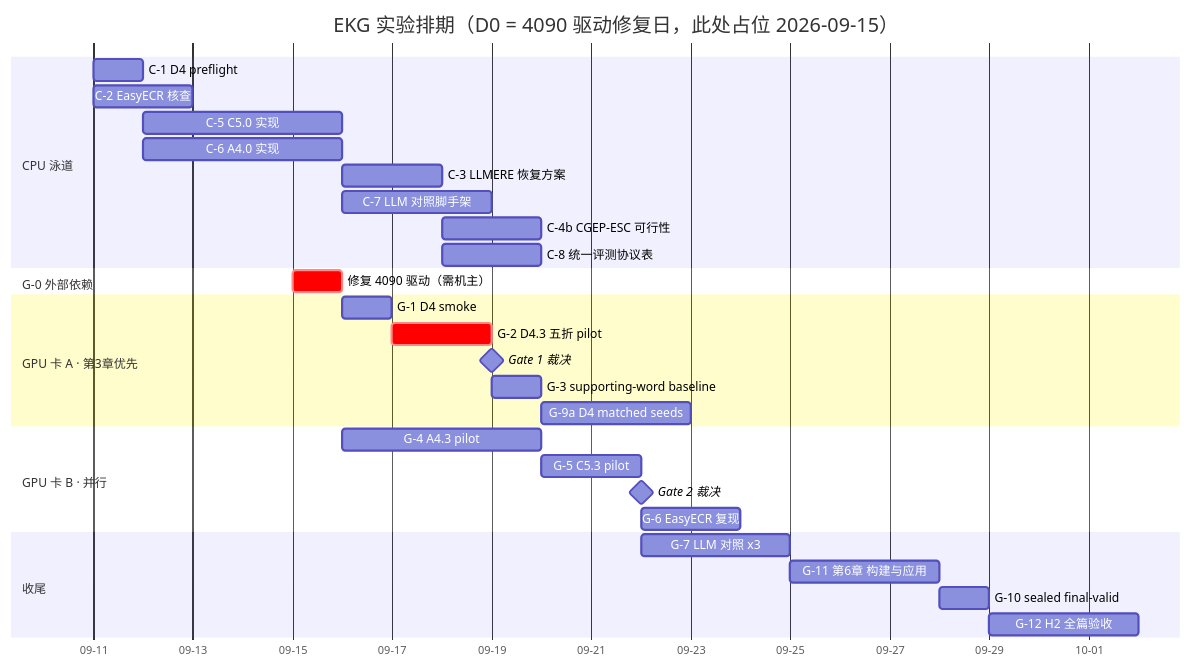
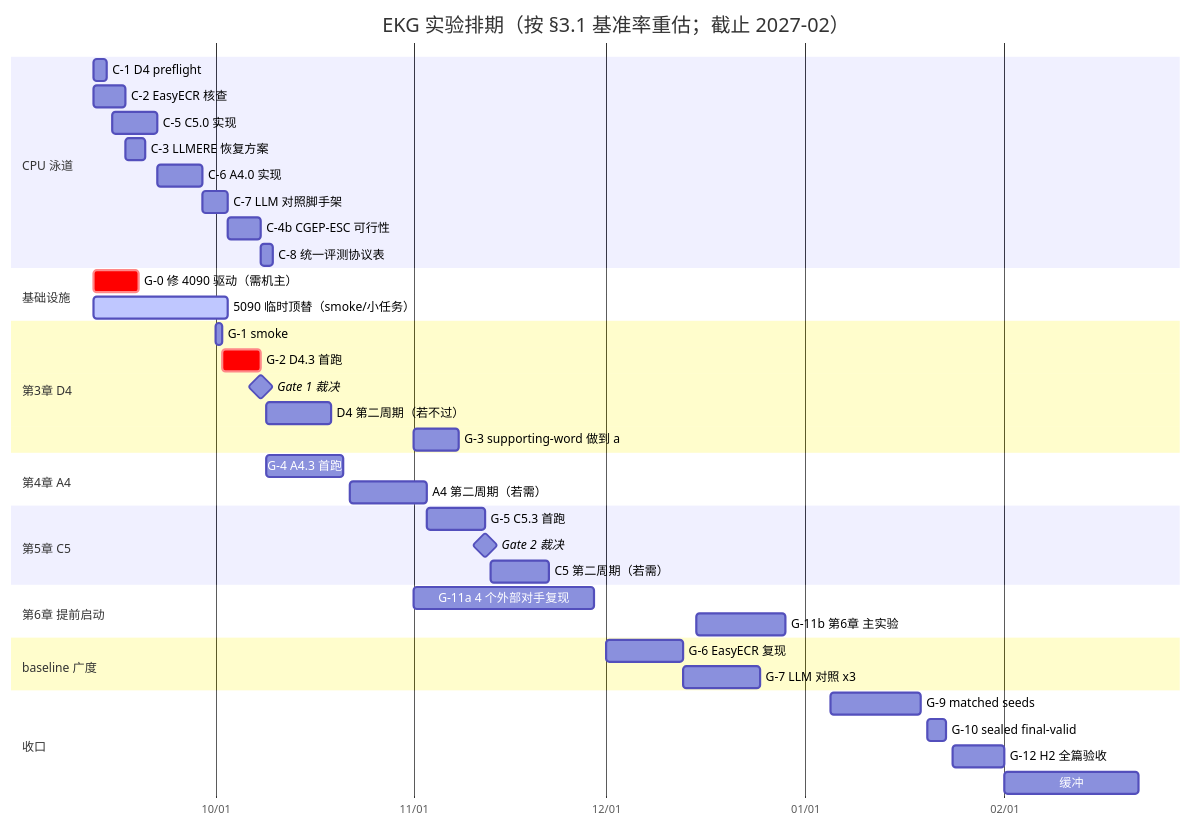
Before and after one commit to emmmdty/ekg: the second of 2 diagrams in docs/EXPERIMENT_PLAN.md, drawn with Mermaid. The commit also changed other lines of this file and 3 other files, not shown here.

First line of the commit message:
docs: re-estimate the timeline from project base rates and prepare the handoff

````diff
--- a/docs/EXPERIMENT_PLAN.md
+++ b/docs/EXPERIMENT_PLAN.md
@@ -117,38 +141,50 @@
 ```mermaid
 gantt
-    title EKG 实验排期（D0 = 4090 驱动修复日，此处占位 2026-09-15）
+    title EKG 实验排期（按 §3.1 基准率重估；截止 2027-02）
     dateFormat YYYY-MM-DD
-    axisFormat %m-%d
+    axisFormat %m/%d
 
     section CPU 泳道
-    C-1 D4 preflight            :c1,  2026-09-11, 1d
-    C-2 EasyECR 核查            :c2,  2026-09-11, 2d
-    C-5 C5.0 实现               :c5,  2026-09-12, 4d
-    C-6 A4.0 实现               :c6,  2026-09-12, 4d
-    C-3 LLMERE 恢复方案         :c3,  2026-09-16, 2d
-    C-7 LLM 对照脚手架          :c7,  2026-09-16, 3d
-    C-4b CGEP-ESC 可行性        :c4b, 2026-09-18, 2d
-    C-8 统一评测协议表          :c8,  2026-09-18, 2d
+    C-1 D4 preflight              :c1,   2026-09-12, 2d
+    C-2 EasyECR 核查              :c2,   2026-09-12, 5d
+    C-5 C5.0 实现                 :c5,   2026-09-15, 7d
+    C-3 LLMERE 恢复方案           :c3,   2026-09-17, 3d
+    C-6 A4.0 实现                 :c6,   2026-09-22, 7d
+    C-7 LLM 对照脚手架            :c7,   2026-09-29, 4d
+    C-4b CGEP-ESC 可行性          :c4b,  2026-10-03, 5d
+    C-8 统一评测协议表            :c8,   2026-10-08, 2d
 
-    section G-0 外部依赖
-    修复 4090 驱动（需机主）    :crit, g0, 2026-09-15, 1d
+    section 基础设施
+    G-0 修 4090 驱动（需机主）    :crit, g0, 2026-09-12, 7d
+    5090 临时顶替（smoke/小任务） :active, s90, 2026-09-12, 21d
 
-    section GPU 卡 A · 第3章优先
-    G-1 D4 smoke                :g1,  after g0, 1d
-    G-2 D4.3 五折 pilot         :crit, g2, after g1, 2d
-    Gate 1 裁决                 :milestone, gate1, after g2, 0d
-    G-3 supporting-word baseline:g3,  after g2, 1d
-    G-9a D4 matched seeds       :g9a, after g3, 3d
+    section 第3章 D4
+    G-1 smoke                     :g1,   2026-10-01, 1d
+    G-2 D4.3 首跑                 :crit, g2, 2026-10-02, 6d
+    Gate 1 裁决                   :milestone, gate1, 2026-10-08, 0d
+    D4 第二周期（若不过）         :g2b,  2026-10-09, 10d
+    G-3 supporting-word 做到 a    :g3,   2026-11-01, 7d
 
-    section GPU 卡 B · 并行
-    G-4 A4.3 pilot              :g4,  after g0, 4d
-    G-5 C5.3 pilot              :g5,  after g4, 2d
-    Gate 2 裁决                 :milestone, gate2, after g5, 0d
-    G-6 EasyECR 复现            :g6,  after g5, 2d
+    section 第4章 A4
+    G-4 A4.3 首跑                 :g4,   2026-10-09, 12d
+    A4 第二周期（若需）           :g4b,  2026-10-22, 12d
 
-    section 收尾
-    G-7 LLM 对照 x3             :g7,  after gate2, 3d
-    G-11 第6章 构建与应用       :g11, after g7, 3d
-    G-10 sealed final-valid     :g10, after g11, 1d
-    G-12 H2 全篇验收            :g12, after g10, 3d
+    section 第5章 C5
+    G-5 C5.3 首跑                 :g5,   2026-11-03, 9d
+    Gate 2 裁决                   :milestone, gate2, 2026-11-12, 0d
+    C5 第二周期（若需）           :g5b,  2026-11-13, 9d
+
+    section 第6章 提前启动
+    G-11a 4 个外部对手复现        :g11a, 2026-11-01, 28d
+    G-11b 第6章 主实验            :g11b, 2026-12-15, 14d
+
+    section baseline 广度
+    G-6 EasyECR 复现              :g6,   2026-12-01, 12d
+    G-7 LLM 对照 x3               :g7,   2026-12-13, 12d
+
+    section 收口
+    G-9 matched seeds             :g9,   2027-01-05, 14d
+    G-10 sealed final-valid       :g10,  2027-01-20, 3d
+    G-12 H2 全篇验收              :g12,  2027-01-24, 8d
+    缓冲                          :buf,  2027-02-01, 21d
 ```
````
